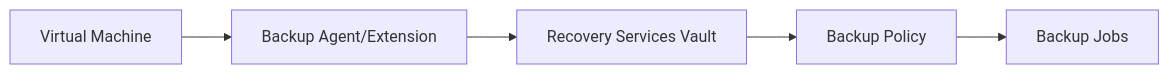
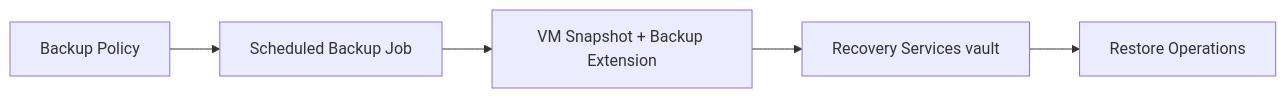
Before and after one commit to yeongseon/azure-virtual-machine-practical-guide: the diagram in docs/platform/backup-and-recovery-basics.md, drawn with Mermaid. The commit also changed other lines of this file and 44 other files, not shown here.

````diff
--- a/docs/platform/backup-and-recovery-basics.md
+++ b/docs/platform/backup-and-recovery-basics.md
@@ -17,7 +25,7 @@
 ```mermaid
 graph LR
-    VM[Virtual Machine] --> Agent[Backup Agent/Extension]
-    Agent --> RS-Vault[Recovery Services Vault]
-    RS-Vault --> Policy[Backup Policy]
-    Policy --> Schedule[Backup Jobs]
+    P[Backup Policy] --> J[Scheduled Backup Job]
+    J --> V[VM Snapshot + Backup Extension]
+    V --> R[Recovery Services vault]
+    R --> X[Restore Operations]
 ```
````
